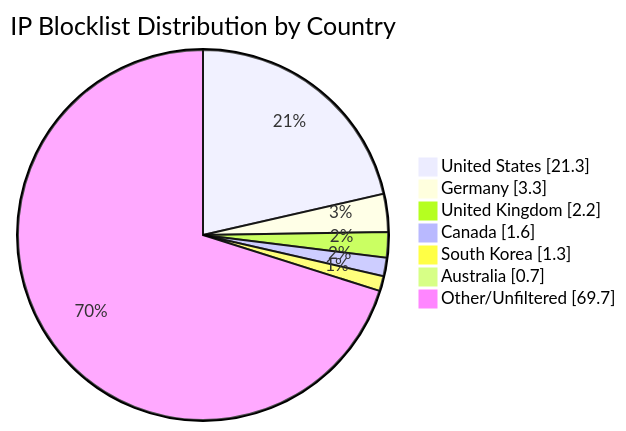
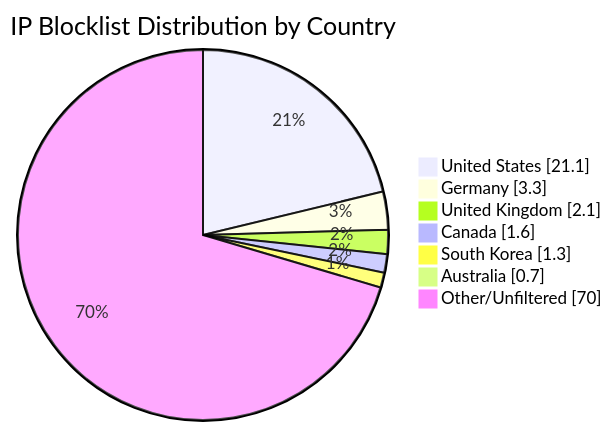
One commit to MarcusHoltz/ipblocklist-geofiltered-aggregator changed the diagram in README.md. Above: the diagram before and after it, drawn with Mermaid. The commit also changed other lines of this file and 9 other files, not shown here.

````diff
--- a/README.md
+++ b/README.md
@@ -34,10 +34,10 @@
 ```mermaid
 pie showData title IP Blocklist Distribution by Country
-"United States" : 21.3
+"United States" : 21.1
 "Germany" : 3.3
-"United Kingdom" : 2.2
+"United Kingdom" : 2.1
 "Canada" : 1.6
 "South Korea" : 1.3
 "Australia" : 0.7
-"Other/Unfiltered" : 69.7
+"Other/Unfiltered" : 70.0
 ```
````
